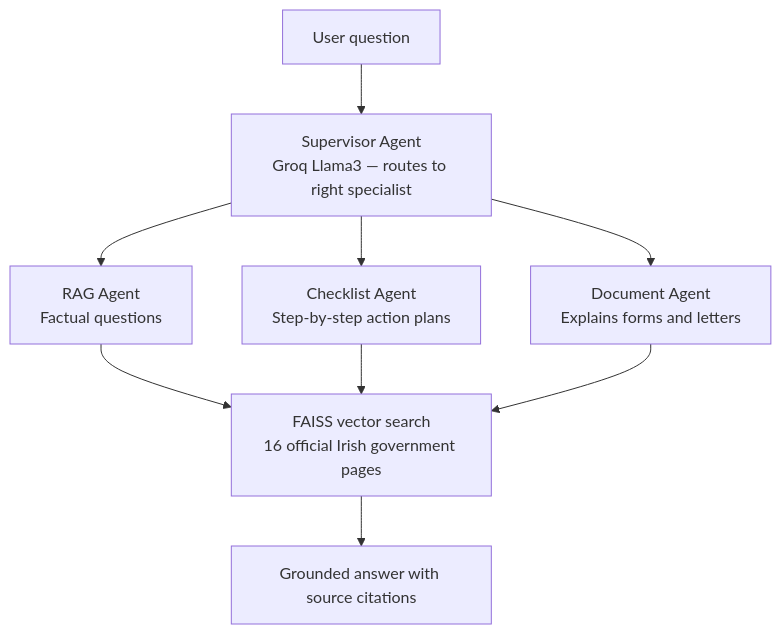
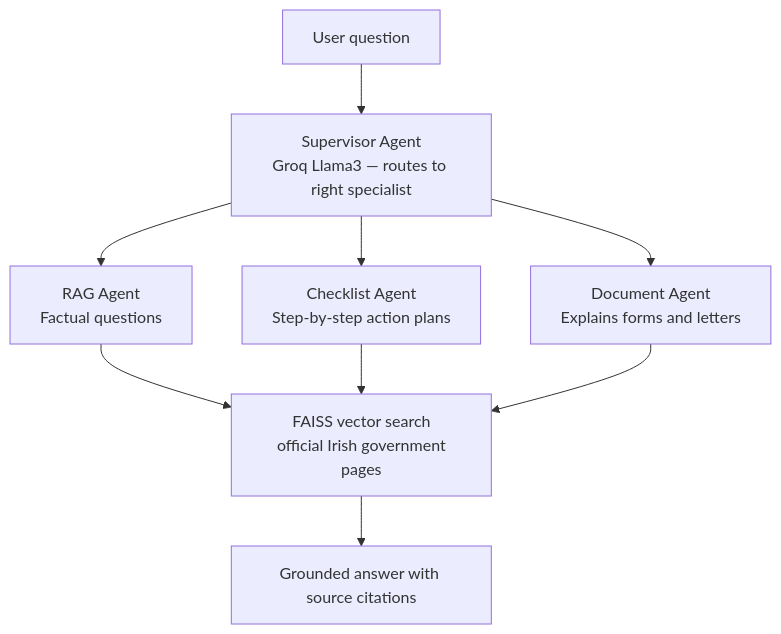
One commit to priyanka603/Immigration-Navigator changed the diagram in README.md. Above: the diagram before and after it, drawn with Mermaid. The commit also changed other lines of this file, not shown here.

Commit message:
Final commit

````diff
--- a/README.md
+++ b/README.md
@@ -30,11 +30,11 @@
 ```mermaid
 flowchart TD
     A[User question] --> B[Supervisor Agent<br/>Groq Llama3 — routes to right specialist]
     B --> C[RAG Agent<br/>Factual questions]
     B --> D[Checklist Agent<br/>Step-by-step action plans]
     B --> E[Document Agent<br/>Explains forms and letters]
-    C --> F[FAISS vector search<br/>16 official Irish government pages]
+    C --> F[FAISS vector search<br/> official Irish government pages]
     D --> F
     E --> F
     F --> G[Grounded answer with source citations]
 ```
````
